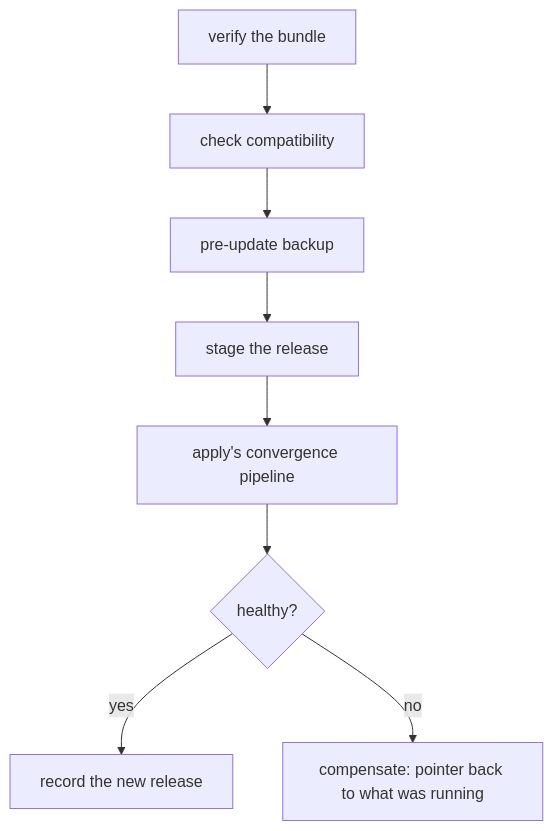
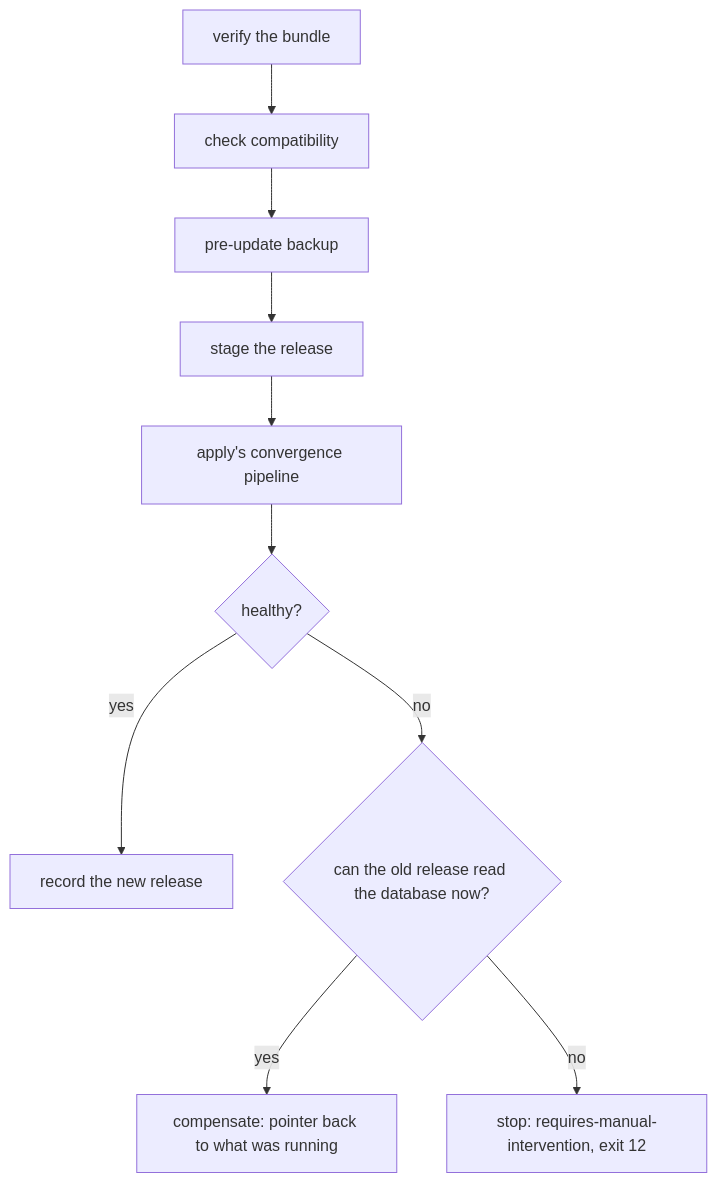
The diagram in pages/docs/operating/updating.md (morzecrew/morzer), drawn with Mermaid before and after one commit. The commit also changed other lines of this file and 13 other files, not shown here.

Commit message:
🐛 fix(update): stop instead of rolling back over a migrated database (#90)

````diff
--- a/pages/docs/operating/updating.md
+++ b/pages/docs/operating/updating.md
@@ -135,10 +135,12 @@
 ```mermaid
 flowchart TD
     A[verify the bundle] --> B[check compatibility]
     B --> C[pre-update backup]
     C --> D[stage the release]
     D --> E[apply's convergence pipeline]
     E --> F{healthy?}
     F -->|yes| G[record the new release]
-    F -->|no| H[compensate: pointer back to what was running]
+    F -->|no| I{can the old release read the database now?}
+    I -->|yes| H[compensate: pointer back to what was running]
+    I -->|no| J[stop: requires-manual-intervention, exit 12]
 ```
````
